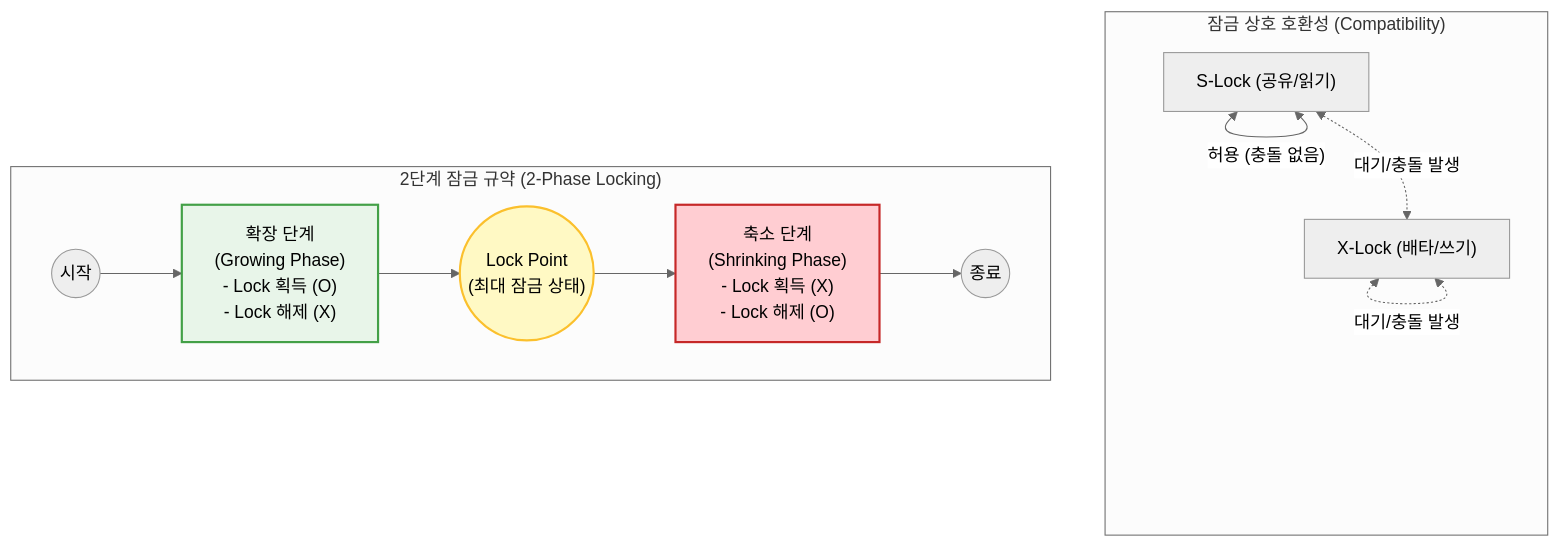
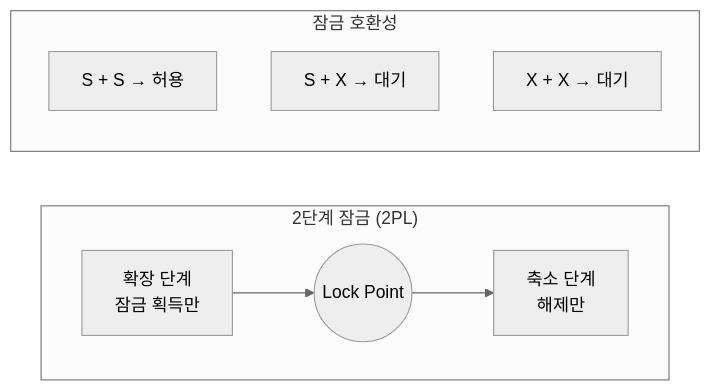
The diagram in content/01_IT Tech/Locking.md (supremethumb/supremethumb.github.io), drawn with Mermaid (neutral theme) before and after one commit. The commit also changed other lines of this file and 1087 other files, not shown here.

````diff
--- a/content/01_IT Tech/Locking.md
+++ b/content/01_IT Tech/Locking.md
@@ -25,26 +36,13 @@
 ```mermaid
 flowchart LR
-    subgraph 2PL_Protocol["2단계 잠금 규약 (2-Phase Locking)"]
+    subgraph P["2단계 잠금 (2PL)"]
         direction LR
-        START((시작)) --> G["확장 단계<br/>(Growing Phase)<br/>- Lock 획득 (O)<br/>- Lock 해제 (X)"]
-        G --> LP(("Lock Point<br/>(최대 잠금 상태)"))
-        LP --> S["축소 단계<br/>(Shrinking Phase)<br/>- Lock 획득 (X)<br/>- Lock 해제 (O)"]
-        S --> END((종료))
+        G["확장 단계<br/>잠금 획득만"] --> LP(("Lock Point")) --> SH["축소 단계<br/>해제만"]
     end
-
-    subgraph Lock_Compatibility["잠금 상호 호환성 (Compatibility)"]
+    subgraph C["잠금 호환성"]
         direction TB
-        S_LOCK["S-Lock (공유/읽기)"]
-        X_LOCK["X-Lock (배타/쓰기)"]
-        S_LOCK <-->|"허용 (충돌 없음)"| S_LOCK
-        S_LOCK <-.->|"대기/충돌 발생"| X_LOCK
-        X_LOCK <-.->|"대기/충돌 발생"| X_LOCK
+        SS["S + S → 허용"]
+        SX["S + X → 대기"]
+        XX["X + X → 대기"]
     end
-
-    2PL_Protocol ~~~ Lock_Compatibility
-    
-    style G fill:#e8f5e9,stroke:#43a047,stroke-width:2px
-    style S fill:#ffcdd2,stroke:#c62828,stroke-width:2px
-    style LP fill:#fff9c4,stroke:#fbc02d,stroke-width:2px
-
 ```
````
